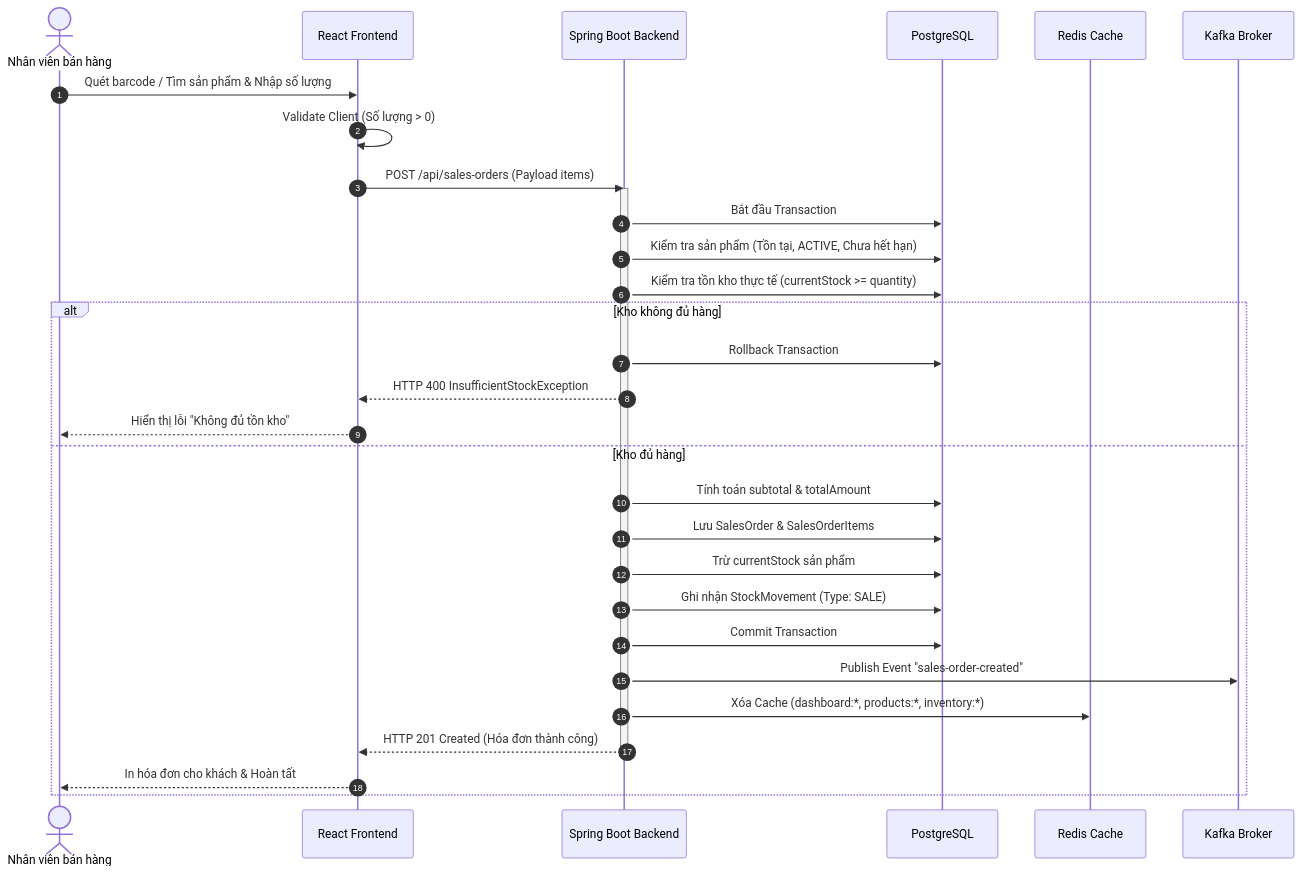
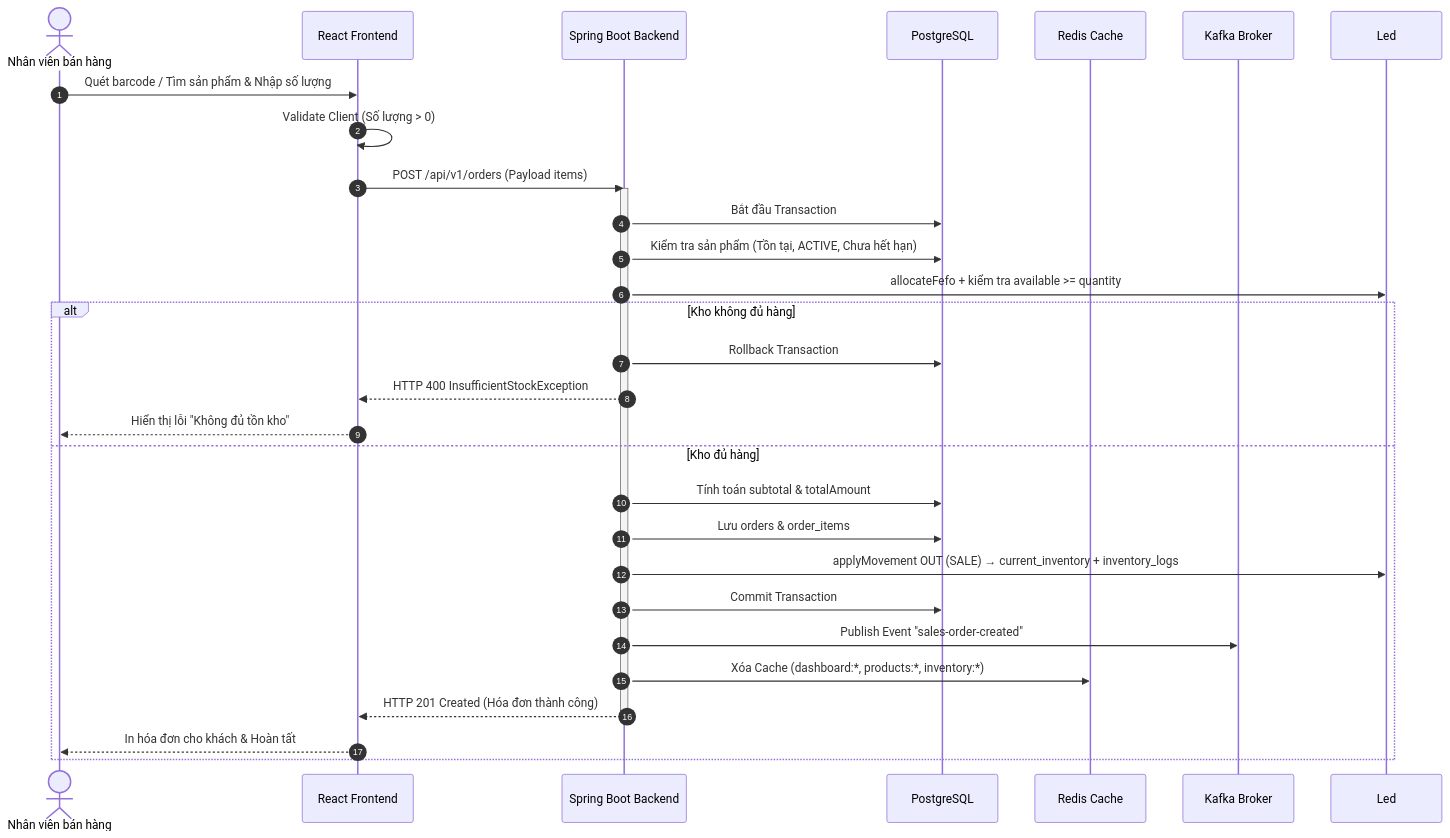
Before and after one commit to datnguyencoder/smartAI: the first of 2 diagrams in docs/02-business-rule.md, drawn with Mermaid. The commit also changed other lines of this file and 217 other files, not shown here.

````diff
--- a/docs/02-business-rule.md
+++ b/docs/02-business-rule.md
@@ -72,38 +72,37 @@
 ```mermaid
 sequenceDiagram
     autonumber
     actor Staff as Nhân viên bán hàng
     participant FE as React Frontend
     participant BE as Spring Boot Backend
     participant DB as PostgreSQL
     participant Redis as Redis Cache
     participant Kafka as Kafka Broker
 
     Staff->>FE: Quét barcode / Tìm sản phẩm & Nhập số lượng
     FE->>FE: Validate Client (Số lượng > 0)
-    FE->>BE: POST /api/sales-orders (Payload items)
+    FE->>BE: POST /api/v1/orders (Payload items)
     
     activate BE
     BE->>DB: Bắt đầu Transaction
     BE->>DB: Kiểm tra sản phẩm (Tồn tại, ACTIVE, Chưa hết hạn)
-    BE->>DB: Kiểm tra tồn kho thực tế (currentStock >= quantity)
+    BE->>Led: allocateFefo + kiểm tra available >= quantity
     
     alt Kho không đủ hàng
         BE->>DB: Rollback Transaction
         BE-->>FE: HTTP 400 InsufficientStockException
         FE-->>Staff: Hiển thị lỗi "Không đủ tồn kho"
     else Kho đủ hàng
         BE->>DB: Tính toán subtotal & totalAmount
-        BE->>DB: Lưu SalesOrder & SalesOrderItems
-        BE->>DB: Trừ currentStock sản phẩm
-        BE->>DB: Ghi nhận StockMovement (Type: SALE)
+        BE->>DB: Lưu orders & order_items
+        BE->>Led: applyMovement OUT (SALE) → current_inventory + inventory_logs
         BE->>DB: Commit Transaction
         
         BE->>Kafka: Publish Event "sales-order-created"
         BE->>Redis: Xóa Cache (dashboard:*, products:*, inventory:*)
         BE-->>FE: HTTP 201 Created (Hóa đơn thành công)
         deactivate BE
         
         FE-->>Staff: In hóa đơn cho khách & Hoàn tất
     end
 ```
````
